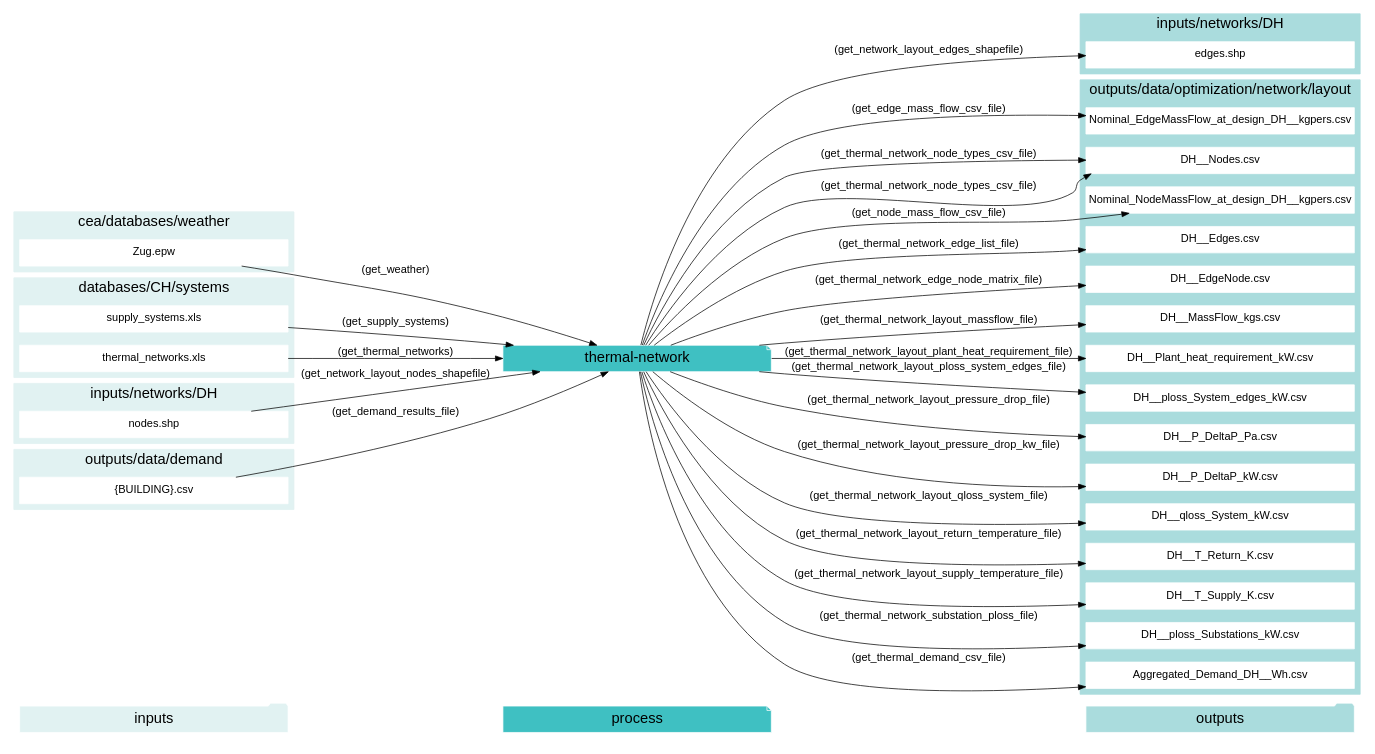
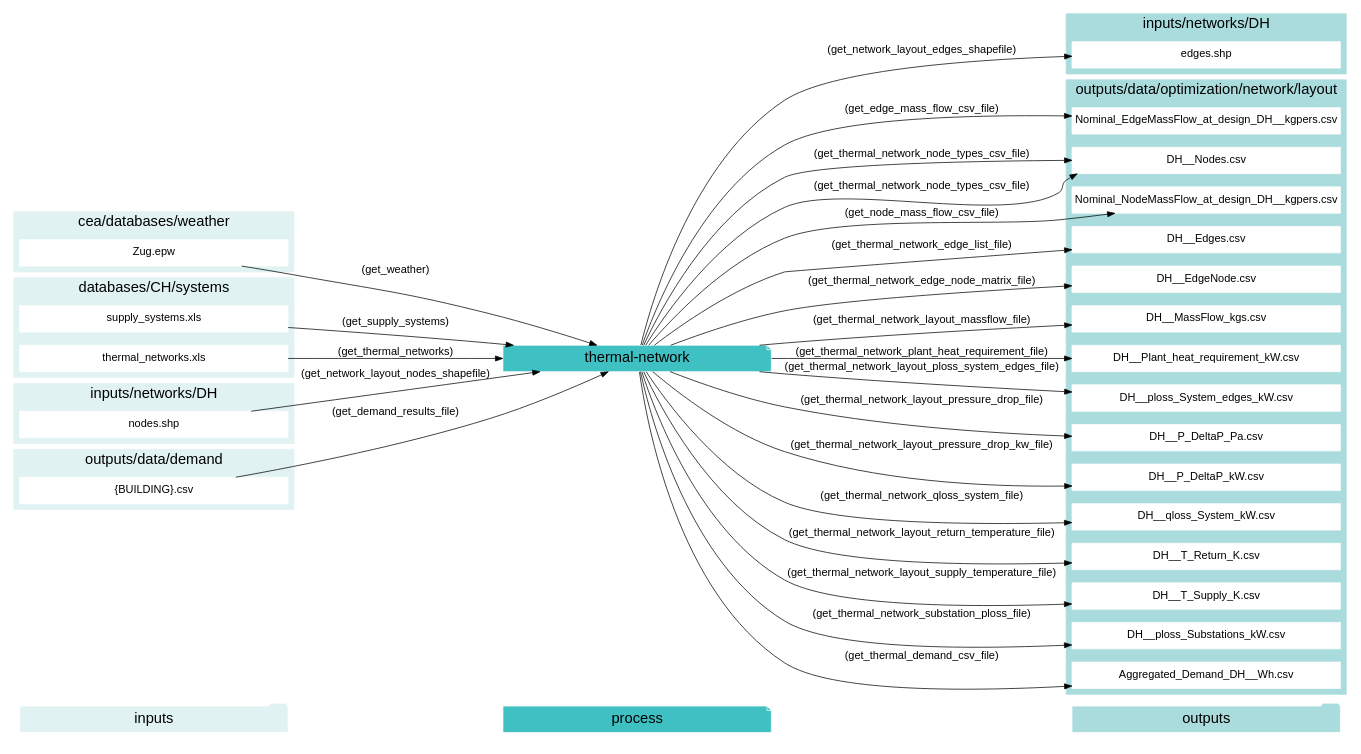
One commit to architecture-building-systems/CityEnergyAnalyst changed the diagram in docs/script_dependencies/thermal-network.gv. Above: the diagram before and after it, drawn with Graphviz. The commit also changed 8 other files, not shown here.

```diff
--- a/docs/script_dependencies/thermal-network.gv
+++ b/docs/script_dependencies/thermal-network.gv
@@ -1,103 +1,103 @@
 digraph trace_inputlocator {
     rankdir="LR";
     graph [overlap=false, fontname=arial];
     node [shape=box, style=filled, color=white, fontsize=15, fontname=arial, fixedsize=true, width=5.085];
     edge [fontname=arial, fontsize = 15]
     newrank=true
     subgraph cluster_legend {
     fontsize=25
     style=invis
     "process"[style=filled, fillcolor="#3FC0C2", shape=note, fontsize=20, fontname="arial"]
     "inputs" [style=filled, shape=folder, color=white, fillcolor="#E1F2F2", fontsize=20]
     "outputs"[style=filled, shape=folder, color=white, fillcolor="#aadcdd", fontsize=20]
     "inputs"->"process"[style=invis]
     "process"->"outputs"[style=invis]
     }
     "thermal-network"[style=filled, color=white, fillcolor="#3FC0C2", shape=note, fontsize=20, fontname=arial];
     subgraph cluster_0_in {
         style = filled;
         color = "#E1F2F2";
         fontsize = 20;
         rank=same;
         label="cea/databases/weather";
         "Zug.epw"
     }
     subgraph cluster_1_in {
         style = filled;
         color = "#E1F2F2";
         fontsize = 20;
         rank=same;
         label="databases/CH/systems";
         "supply_systems.xls"
         "thermal_networks.xls"
     }
     subgraph cluster_2_in {
         style = filled;
         color = "#E1F2F2";
         fontsize = 20;
         rank=same;
         label="inputs/networks/DH";
         "nodes.shp"
     }
     subgraph cluster_2_out {
         style = filled;
         color = "#aadcdd";
         fontsize = 20;
         rank=same;
         label="inputs/networks/DH";
         "edges.shp"
     }
     subgraph cluster_3_in {
         style = filled;
         color = "#E1F2F2";
         fontsize = 20;
         rank=same;
         label="outputs/data/demand";
         "{BUILDING}.csv"
     }
     subgraph cluster_4_out {
         style = filled;
         color = "#aadcdd";
         fontsize = 20;
         rank=same;
         label="outputs/data/optimization/network/layout";
         "Nominal_EdgeMassFlow_at_design_DH__kgpers.csv"
         "DH__Nodes.csv"
         "Nominal_NodeMassFlow_at_design_DH__kgpers.csv"
         "DH__Edges.csv"
         "DH__EdgeNode.csv"
         "DH__MassFlow_kgs.csv"
         "DH__Plant_heat_requirement_kW.csv"
         "DH__ploss_System_edges_kW.csv"
         "DH__P_DeltaP_Pa.csv"
         "DH__P_DeltaP_kW.csv"
         "DH__qloss_System_kW.csv"
         "DH__T_Return_K.csv"
         "DH__T_Supply_K.csv"
         "DH__Nodes.csv"
         "DH__ploss_Substations_kW.csv"
         "Aggregated_Demand_DH__Wh.csv"
     }
     "{BUILDING}.csv" -> "thermal-network"[label="(get_demand_results_file)"]
     "nodes.shp" -> "thermal-network"[label="(get_network_layout_nodes_shapefile)"]
     "supply_systems.xls" -> "thermal-network"[label="(get_supply_systems)"]
     "thermal_networks.xls" -> "thermal-network"[label="(get_thermal_networks)"]
     "Zug.epw" -> "thermal-network"[label="(get_weather)"]
     "thermal-network" -> "Nominal_EdgeMassFlow_at_design_DH__kgpers.csv"[label="(get_edge_mass_flow_csv_file)"]
     "thermal-network" -> "edges.shp"[label="(get_network_layout_edges_shapefile)"]
     "thermal-network" -> "DH__Nodes.csv"[label="(get_thermal_network_node_types_csv_file)"]
     "thermal-network" -> "Nominal_NodeMassFlow_at_design_DH__kgpers.csv"[label="(get_node_mass_flow_csv_file)"]
     "thermal-network" -> "DH__Edges.csv"[label="(get_thermal_network_edge_list_file)"]
     "thermal-network" -> "DH__EdgeNode.csv"[label="(get_thermal_network_edge_node_matrix_file)"]
     "thermal-network" -> "DH__MassFlow_kgs.csv"[label="(get_thermal_network_layout_massflow_file)"]
-    "thermal-network" -> "DH__Plant_heat_requirement_kW.csv"[label="(get_thermal_network_layout_plant_heat_requirement_file)"]
+    "thermal-network" -> "DH__Plant_heat_requirement_kW.csv"[label="(get_thermal_network_plant_heat_requirement_file)"]
     "thermal-network" -> "DH__ploss_System_edges_kW.csv"[label="(get_thermal_network_layout_ploss_system_edges_file)"]
     "thermal-network" -> "DH__P_DeltaP_Pa.csv"[label="(get_thermal_network_layout_pressure_drop_file)"]
     "thermal-network" -> "DH__P_DeltaP_kW.csv"[label="(get_thermal_network_layout_pressure_drop_kw_file)"]
-    "thermal-network" -> "DH__qloss_System_kW.csv"[label="(get_thermal_network_layout_qloss_system_file)"]
+    "thermal-network" -> "DH__qloss_System_kW.csv"[label="(get_thermal_network_qloss_system_file)"]
     "thermal-network" -> "DH__T_Return_K.csv"[label="(get_thermal_network_layout_return_temperature_file)"]
     "thermal-network" -> "DH__T_Supply_K.csv"[label="(get_thermal_network_layout_supply_temperature_file)"]
     "thermal-network" -> "DH__Nodes.csv"[label="(get_thermal_network_node_types_csv_file)"]
     "thermal-network" -> "DH__ploss_Substations_kW.csv"[label="(get_thermal_network_substation_ploss_file)"]
     "thermal-network" -> "Aggregated_Demand_DH__Wh.csv"[label="(get_thermal_demand_csv_file)"]
     }
```
